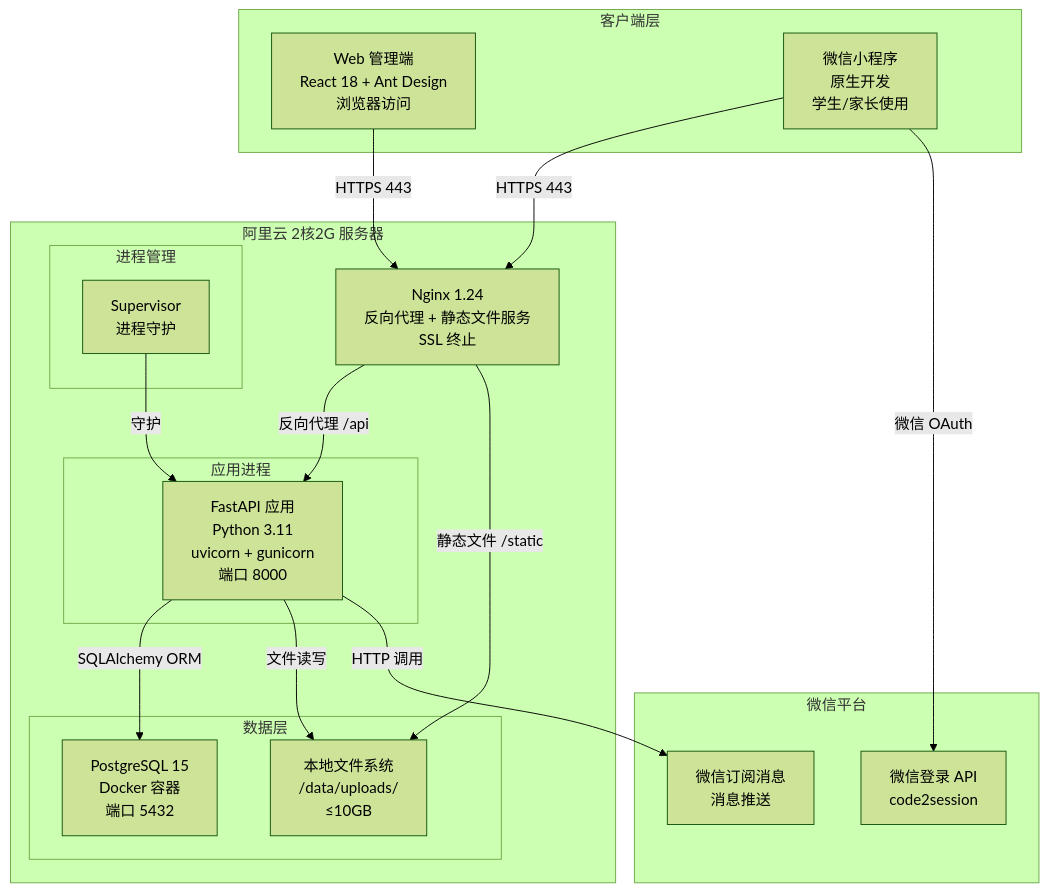
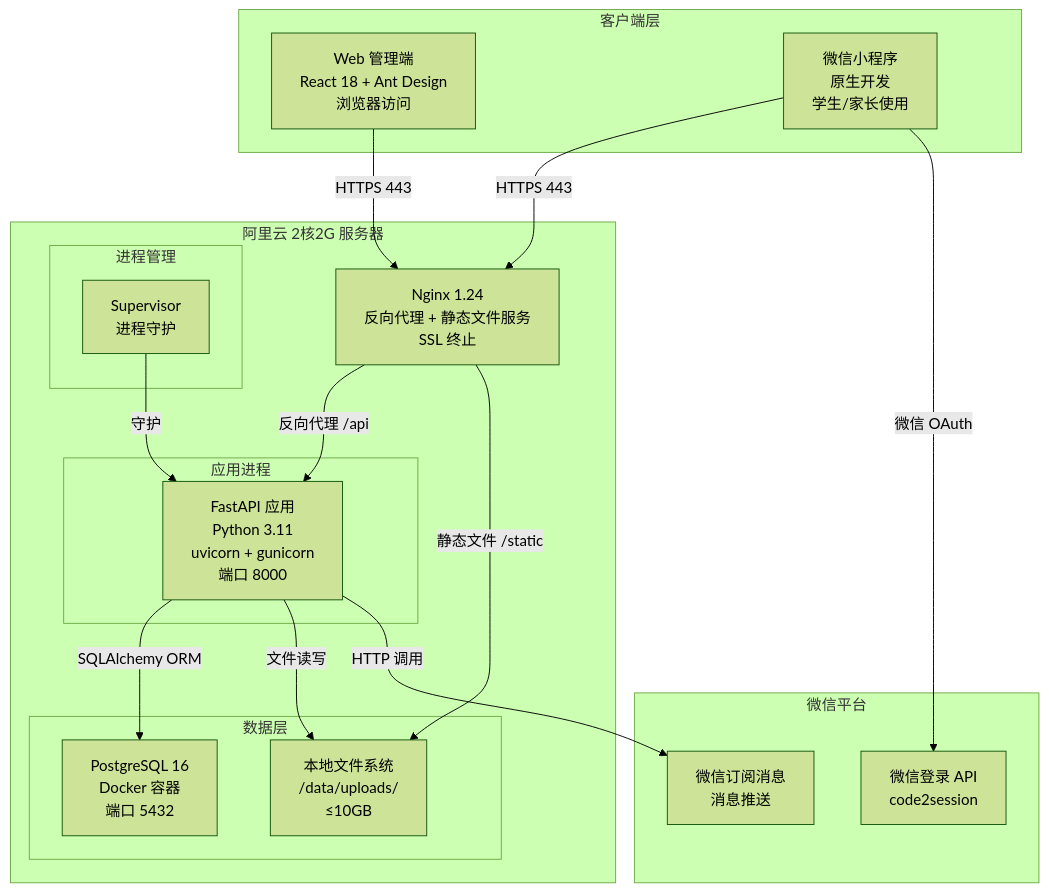
The diagram in docs/03-architecture/tech-stack.md (deng6260964/djh2ty), drawn with Mermaid (forest theme) before and after one commit. The commit also changed other lines of this file and 31 other files, not shown here.

Commit message:
student-web: complete v2 acceptance flow

````diff
--- a/docs/03-architecture/tech-stack.md
+++ b/docs/03-architecture/tech-stack.md
@@ -10,39 +10,39 @@
 ```mermaid
 graph TB
     subgraph 客户端层
         WEB["Web 管理端<br/>React 18 + Ant Design<br/>浏览器访问"]
         MP["微信小程序<br/>原生开发<br/>学生/家长使用"]
     end
 
     subgraph 阿里云 2核2G 服务器
         NGINX["Nginx 1.24<br/>反向代理 + 静态文件服务<br/>SSL 终止"]
 
         subgraph 应用进程
             API["FastAPI 应用<br/>Python 3.11<br/>uvicorn + gunicorn<br/>端口 8000"]
         end
 
         subgraph 数据层
-            PG["PostgreSQL 15<br/>Docker 容器<br/>端口 5432"]
+            PG["PostgreSQL 16<br/>Docker 容器<br/>端口 5432"]
             FS["本地文件系统<br/>/data/uploads/<br/>≤10GB"]
         end
 
         subgraph 进程管理
             SV["Supervisor<br/>进程守护"]
         end
     end
 
     subgraph 微信平台
         WXLOGIN["微信登录 API<br/>code2session"]
         WXPUSH["微信订阅消息<br/>消息推送"]
     end
 
     WEB -->|"HTTPS 443"| NGINX
     MP -->|"HTTPS 443"| NGINX
     MP -->|"微信 OAuth"| WXLOGIN
     NGINX -->|"反向代理 /api"| API
     NGINX -->|"静态文件 /static"| FS
     API -->|"SQLAlchemy ORM"| PG
     API -->|"文件读写"| FS
     API -->|"HTTP 调用"| WXPUSH
     SV -->|"守护"| API
 ```
````
